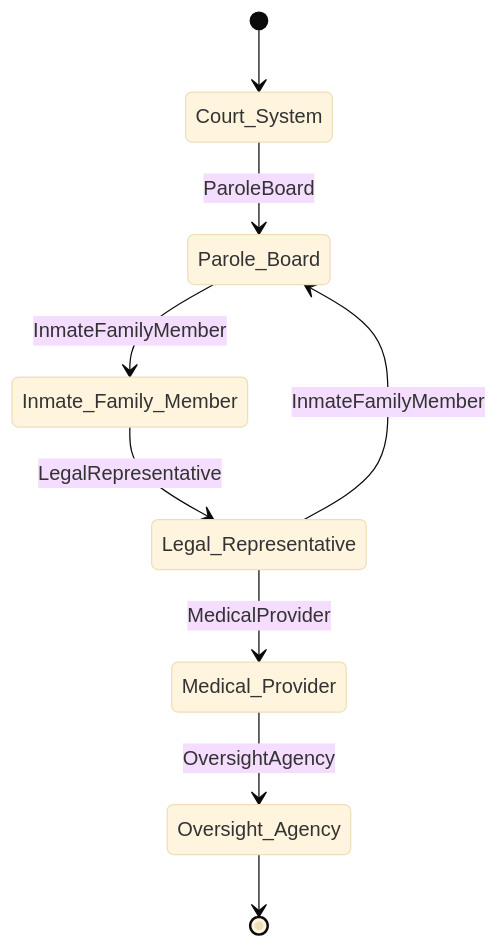
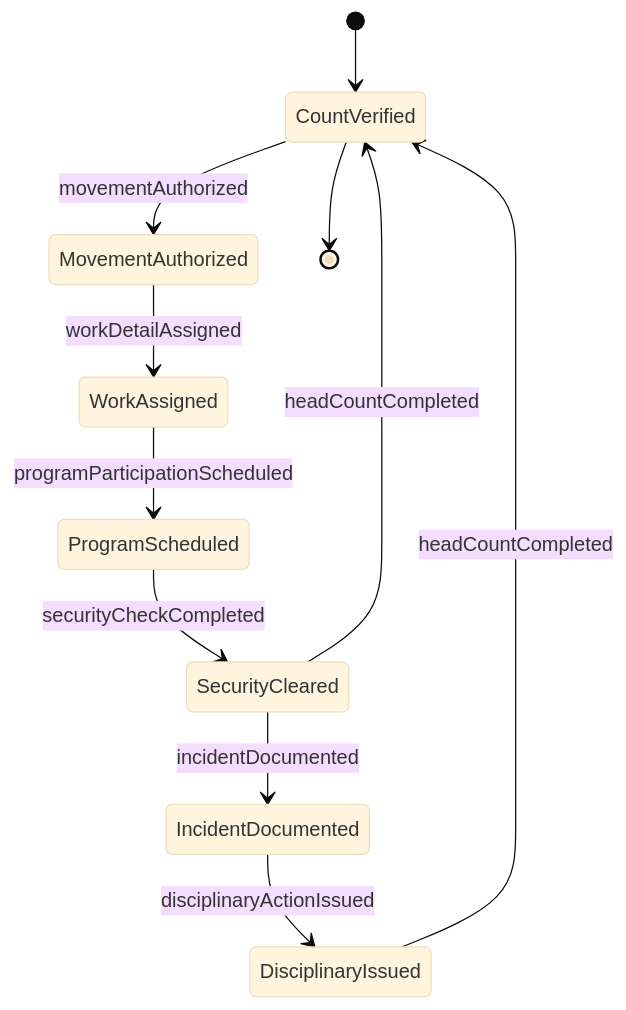
Before and after one commit to dot-org-ai/tasks.org.ai: the second of 4 diagrams in GuidingDirectingAndMotivatingSubordinates/SuperviseActivitiesInCorrectionalFacilities/SuperviseInmateActivities.mdx, drawn with Mermaid (base theme). The commit also changed other lines of this file and 515 other files, not shown here.

````diff
--- a/GuidingDirectingAndMotivatingSubordinates/SuperviseActivitiesInCorrectionalFacilities/SuperviseInmateActivities.mdx
+++ b/GuidingDirectingAndMotivatingSubordinates/SuperviseActivitiesInCorrectionalFacilities/SuperviseInmateActivities.mdx
@@ -102,11 +99,13 @@
 ```mermaid
 stateDiagram-v2
-    [*] --> Court_System
-    Court_System --> Parole_Board: ParoleBoard
-    Parole_Board --> Inmate_Family_Member: InmateFamilyMember
-    Inmate_Family_Member --> Legal_Representative: LegalRepresentative
-    Legal_Representative --> Medical_Provider: MedicalProvider
-    Medical_Provider --> Oversight_Agency: OversightAgency
-    Legal_Representative --> Parole_Board: InmateFamilyMember
-    Oversight_Agency --> [*]
+    [*] --> CountVerified
+    CountVerified --> MovementAuthorized : movementAuthorized
+    MovementAuthorized --> WorkAssigned : workDetailAssigned
+    WorkAssigned --> ProgramScheduled : programParticipationScheduled
+    ProgramScheduled --> SecurityCleared : securityCheckCompleted
+    SecurityCleared --> CountVerified : headCountCompleted
+    SecurityCleared --> IncidentDocumented : incidentDocumented
+    IncidentDocumented --> DisciplinaryIssued : disciplinaryActionIssued
+    DisciplinaryIssued --> CountVerified : headCountCompleted
+    CountVerified --> [*]
 ```
````
